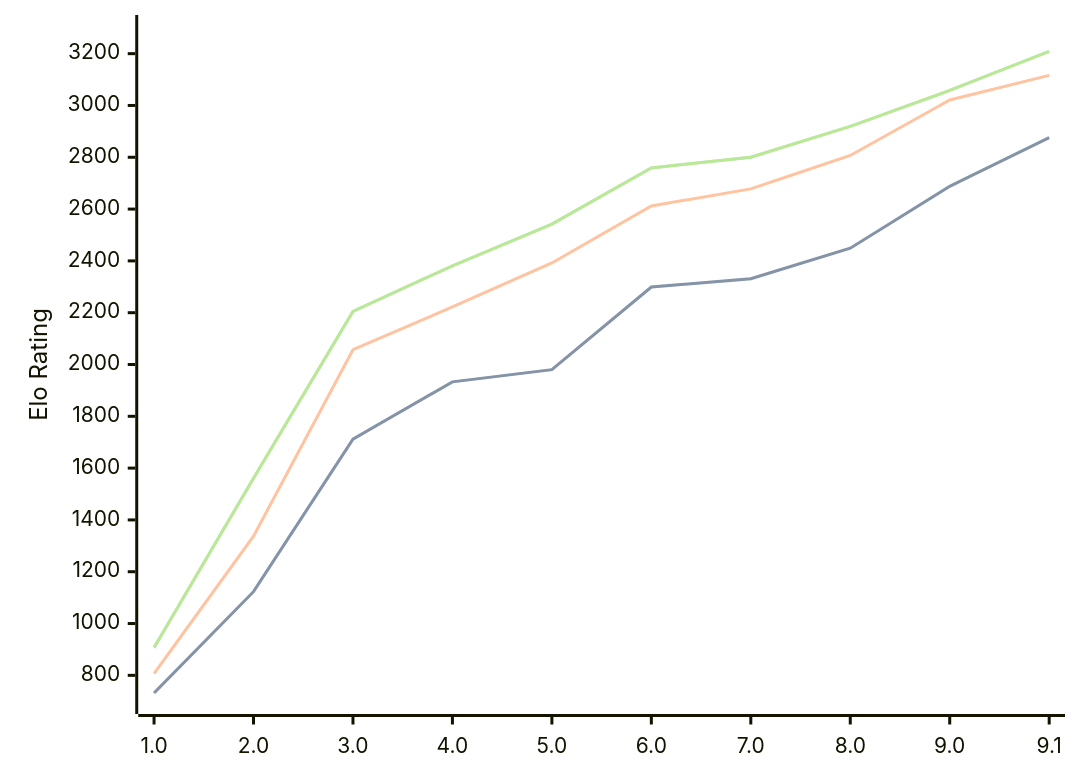
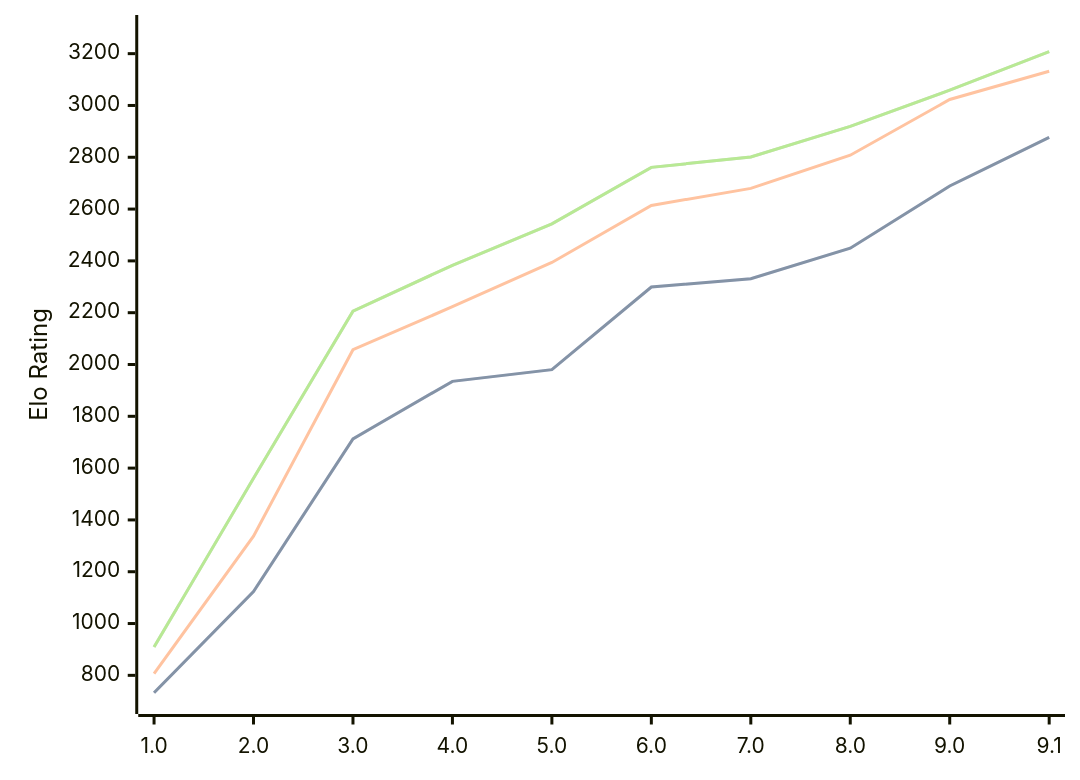
The diagram in engines/Pea.md (computer-chess-index/cci), drawn with Mermaid before and after one commit. The commit also changed other lines of this file, not shown here.

Commit message:
Update CCI Ratings (ELO VLTC) - 2026-08-15

````diff
--- a/engines/Pea.md
+++ b/engines/Pea.md
@@ -40,11 +40,11 @@
 ```mermaid
 %%{init: {"theme":"base","themeVariables":{"seriesColors:['#a3a3a3','#222221','#faa371']}}}%%
 xychart-beta
   x-axis ["1.0", "2.0", "3.0", "4.0", "5.0", "6.0", "7.0", "8.0", "9.0", "9.1"]
   y-axis "Elo Rating" 700 --> 3300
-  line "STC (8.0+0.08s)" [732, 1123, 1712, 1933, 1980, 2299, 2331, 2449, 2688, 2876]
-  line "STC (8.0+0.08s)" [732, 1123, 1712, 1933, 1980, 2299, 2331, 2449, 2688, 2876]
-  line "LTC (60.0+0.60s)" [807, 1337, 2057, 2222, 2392, 2612, 2678, 2807, 3021, 3116]
-  line "VLTC (2m24s+1.12s)" [907, 1561, 2205, 2381, 2542, 2759, 2800, 2919, 3058, 3209]
-  line "VLTC (2m24s+1.12s)" [907, 1561, 2205, 2381, 2542, 2759, 2800, 2919, 3058, 3209]
+  line "STC (8.0+0.08s)" [733, 1123, 1713, 1935, 1980, 2299, 2331, 2449, 2689, 2877]
+  line "STC (8.0+0.08s)" [733, 1123, 1713, 1935, 1980, 2299, 2331, 2449, 2689, 2877]
+  line "LTC (60.0+0.60s)" [807, 1337, 2057, 2223, 2394, 2614, 2680, 2808, 3023, 3132]
+  line "VLTC (2m24s+1.12s)" [909, 1561, 2206, 2383, 2543, 2761, 2801, 2919, 3059, 3208]
+  line "VLTC (2m24s+1.12s)" [909, 1561, 2206, 2383, 2543, 2761, 2801, 2919, 3059, 3208]
 ```
````
